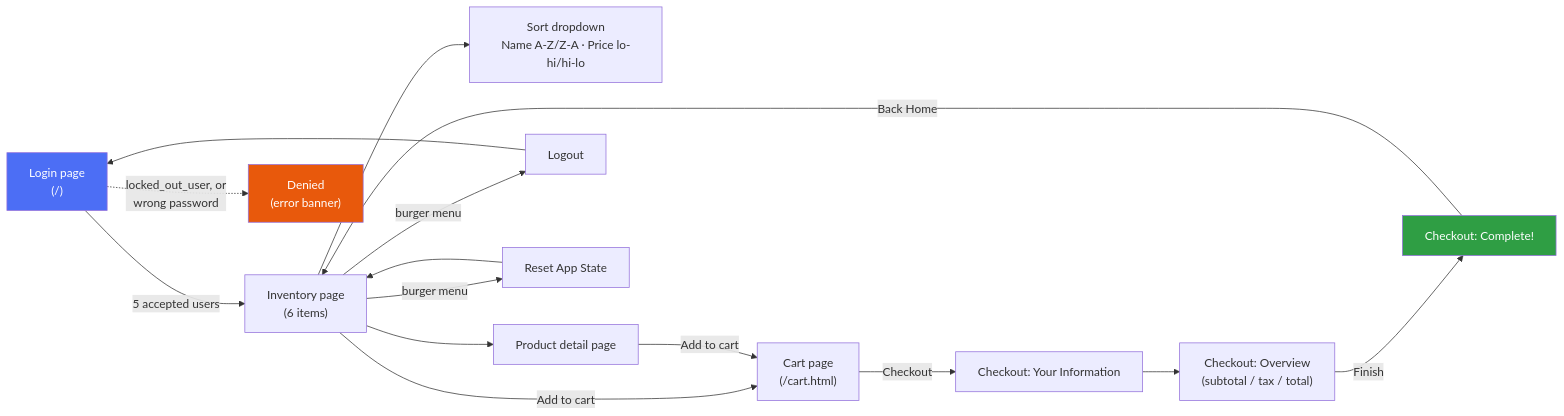
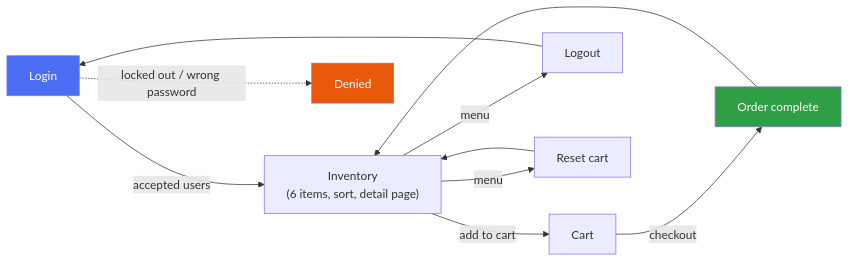
One commit to nitesh00747/PromtDrivenAutomation_JavaScript changed the diagram in README.md. Above: the diagram before and after it, drawn with Mermaid. The commit also changed other lines of this file, not shown here.

````diff
--- a/README.md
+++ b/README.md
@@ -121,22 +70,14 @@
 ```mermaid
 flowchart LR
-    LOGIN["Login page<br/>(/)"] -->|"5 accepted users"| INV["Inventory page<br/>(6 items)"]
-    LOGIN -.->|"locked_out_user, or<br/>wrong password"| DENY["Denied<br/>(error banner)"]
-
-    INV --> SORT["Sort dropdown<br/>Name A-Z/Z-A · Price lo-hi/hi-lo"]
-    INV --> DETAIL["Product detail page"]
-    INV -->|"Add to cart"| CART["Cart page<br/>(/cart.html)"]
-    DETAIL -->|"Add to cart"| CART
-
-    CART -->|"Checkout"| STEP1["Checkout: Your Information"]
-    STEP1 --> STEP2["Checkout: Overview<br/>(subtotal / tax / total)"]
-    STEP2 -->|"Finish"| DONE["Checkout: Complete!"]
-    DONE -->|"Back Home"| INV
-
-    INV -->|"burger menu"| LOGOUT["Logout"] --> LOGIN
-    INV -->|"burger menu"| RESET["Reset App State"] --> INV
+    LOGIN["Login"] -->|"accepted users"| INV["Inventory<br/>(6 items, sort, detail page)"]
+    LOGIN -.->|"locked out / wrong password"| DENY["Denied"]
+    INV -->|"add to cart"| CART["Cart"]
+    CART -->|"checkout"| DONE["Order complete"]
+    DONE --> INV
+    INV -->|"menu"| LOGOUT["Logout"] --> LOGIN
+    INV -->|"menu"| RESET["Reset cart"] --> INV
 
     style LOGIN fill:#4c6ef5,color:#fff
     style DENY fill:#e8590c,color:#fff
     style DONE fill:#2f9e44,color:#fff
 ```
````
